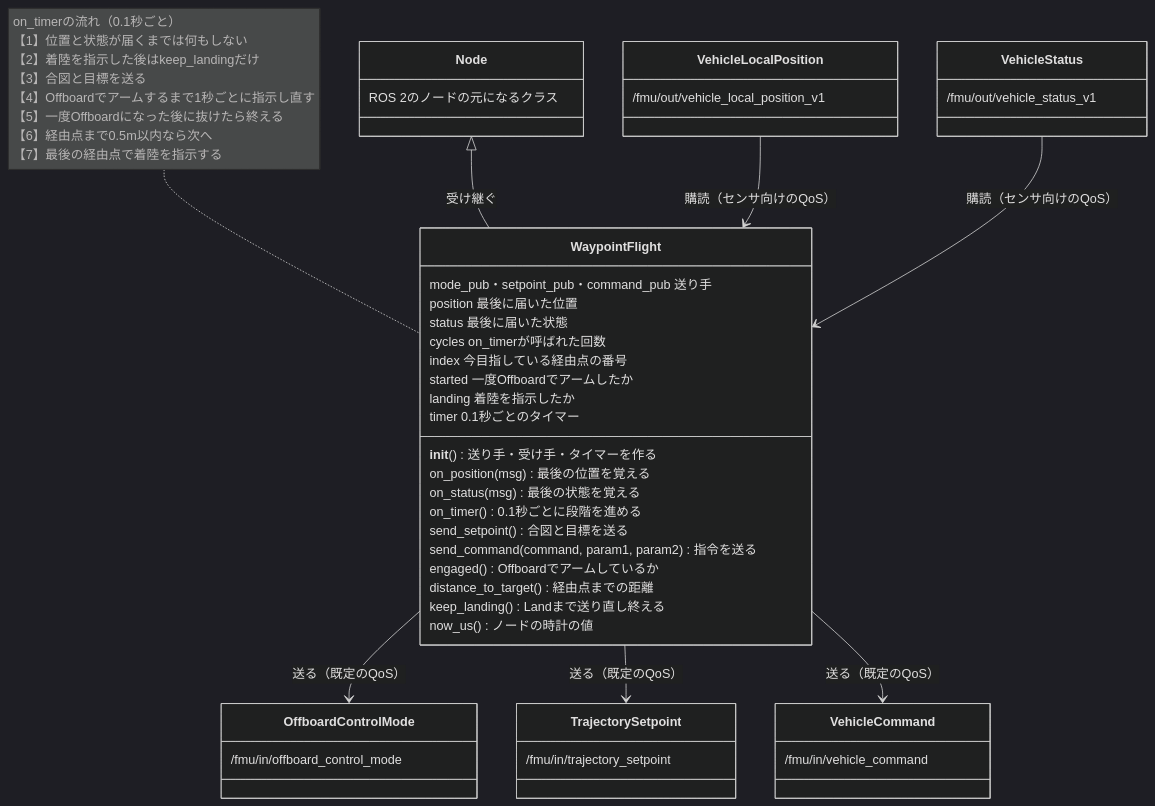
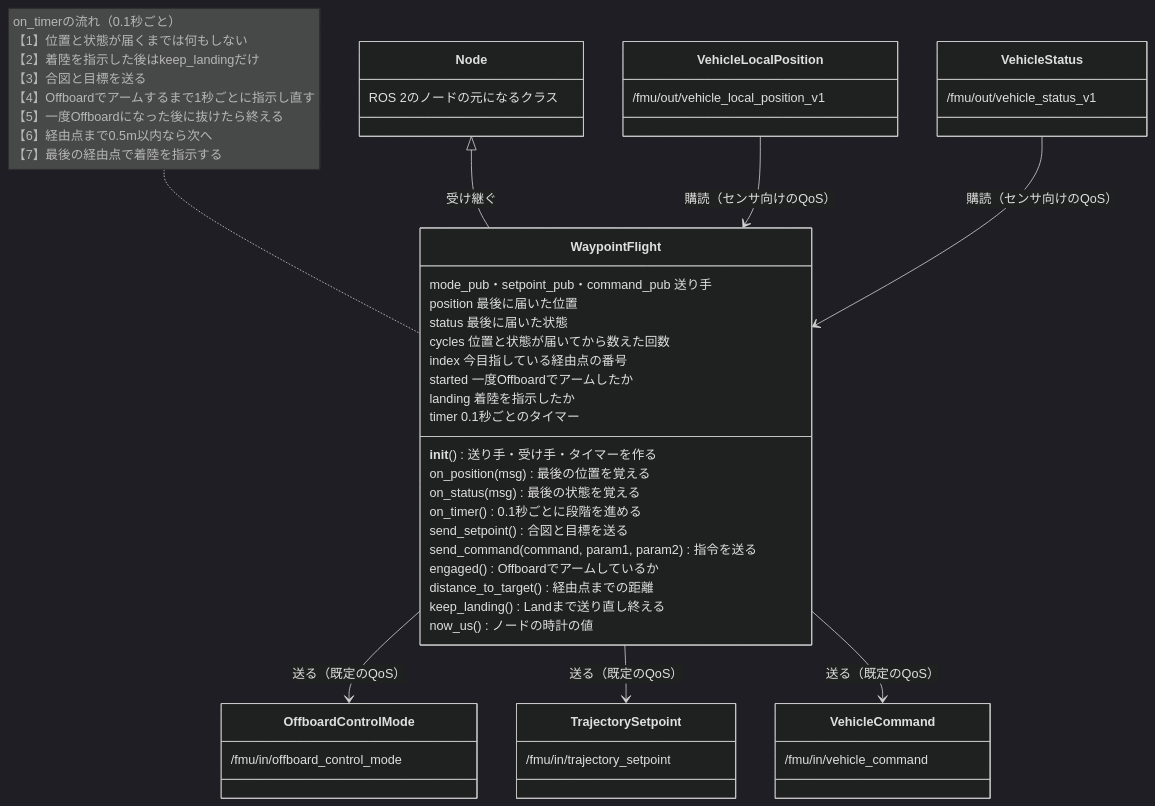
The diagram in docs/phase3_offboard.md (SanghunIm1991/ros2Px4DroneSim), drawn with Mermaid (dark theme) before and after one commit. The commit also changed 6 other files, not shown here.

````diff
--- a/docs/phase3_offboard.md
+++ b/docs/phase3_offboard.md
@@ -143,48 +143,48 @@
 ```mermaid
 classDiagram
     class Node {
         ROS 2のノードの元になるクラス
     }
     class WaypointFlight {
         mode_pub・setpoint_pub・command_pub 送り手
         position 最後に届いた位置
         status 最後に届いた状態
-        cycles on_timerが呼ばれた回数
+        cycles 位置と状態が届いてから数えた回数
         index 今目指している経由点の番号
         started 一度Offboardでアームしたか
         landing 着陸を指示したか
         timer 0.1秒ごとのタイマー
         __init__() 送り手・受け手・タイマーを作る
         on_position(msg) 最後の位置を覚える
         on_status(msg) 最後の状態を覚える
         on_timer() 0.1秒ごとに段階を進める
         send_setpoint() 合図と目標を送る
         send_command(command, param1, param2) 指令を送る
         engaged() Offboardでアームしているか
         distance_to_target() 経由点までの距離
         keep_landing() Landまで送り直し終える
         now_us() ノードの時計の値
     }
     class VehicleLocalPosition {
         /fmu/out/vehicle_local_position_v1
     }
     class VehicleStatus {
         /fmu/out/vehicle_status_v1
     }
     class OffboardControlMode {
         /fmu/in/offboard_control_mode
     }
     class TrajectorySetpoint {
         /fmu/in/trajectory_setpoint
     }
     class VehicleCommand {
         /fmu/in/vehicle_command
     }
     Node <|-- WaypointFlight : 受け継ぐ
     VehicleLocalPosition --> WaypointFlight : 購読（センサ向けのQoS）
     VehicleStatus --> WaypointFlight : 購読（センサ向けのQoS）
     WaypointFlight --> OffboardControlMode : 送る（既定のQoS）
     WaypointFlight --> TrajectorySetpoint : 送る（既定のQoS）
     WaypointFlight --> VehicleCommand : 送る（既定のQoS）
     note for WaypointFlight "on_timerの流れ（0.1秒ごと）<br>【1】位置と状態が届くまでは何もしない<br>【2】着陸を指示した後はkeep_landingだけ<br>【3】合図と目標を送る<br>【4】Offboardでアームするまで1秒ごとに指示し直す<br>【5】一度Offboardになった後に抜けたら終える<br>【6】経由点まで0.5m以内なら次へ<br>【7】最後の経由点で着陸を指示する"
 ```
````
